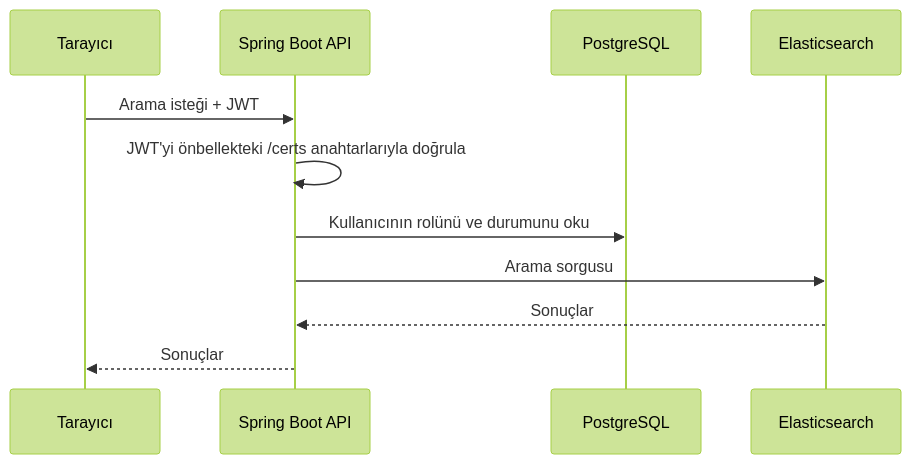
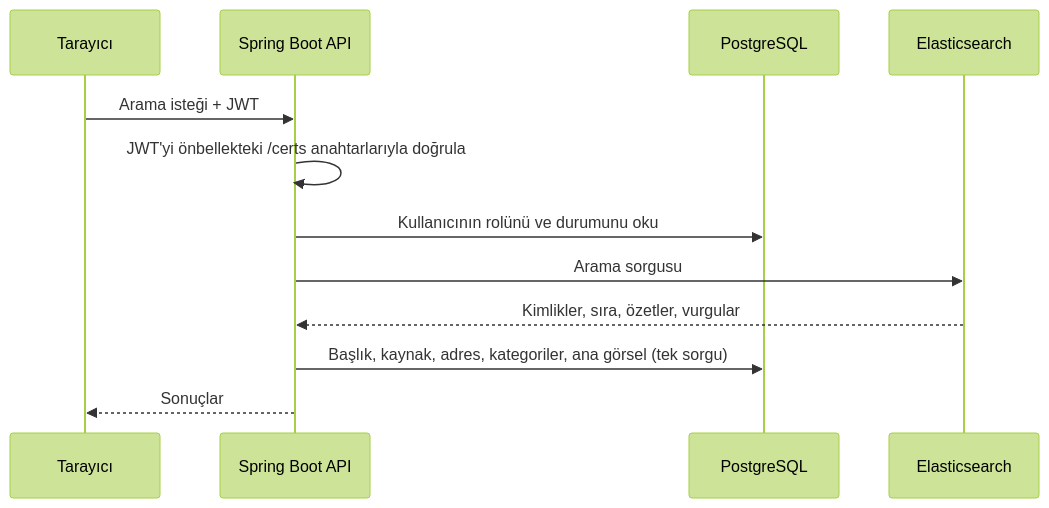
The fifth of 8 diagrams in docs/04-mimari.md (FallErdem/haber-arama-platformu), drawn with Mermaid (forest theme) before and after one commit. The commit also changed other lines of this file and 5 other files, not shown here.

````diff
--- a/docs/04-mimari.md
+++ b/docs/04-mimari.md
@@ -167,14 +167,15 @@
 ```mermaid
 sequenceDiagram
     participant B as Tarayıcı
     participant A as Spring Boot API
     participant PG as PostgreSQL
     participant ES as Elasticsearch
 
     B->>A: Arama isteği + JWT
     A->>A: JWT'yi önbellekteki /certs anahtarlarıyla doğrula
     A->>PG: Kullanıcının rolünü ve durumunu oku
     A->>ES: Arama sorgusu
-    ES-->>A: Sonuçlar
+    ES-->>A: Kimlikler, sıra, özetler, vurgular
+    A->>PG: Başlık, kaynak, adres, kategoriler, ana görsel (tek sorgu)
     A-->>B: Sonuçlar
 ```
````
